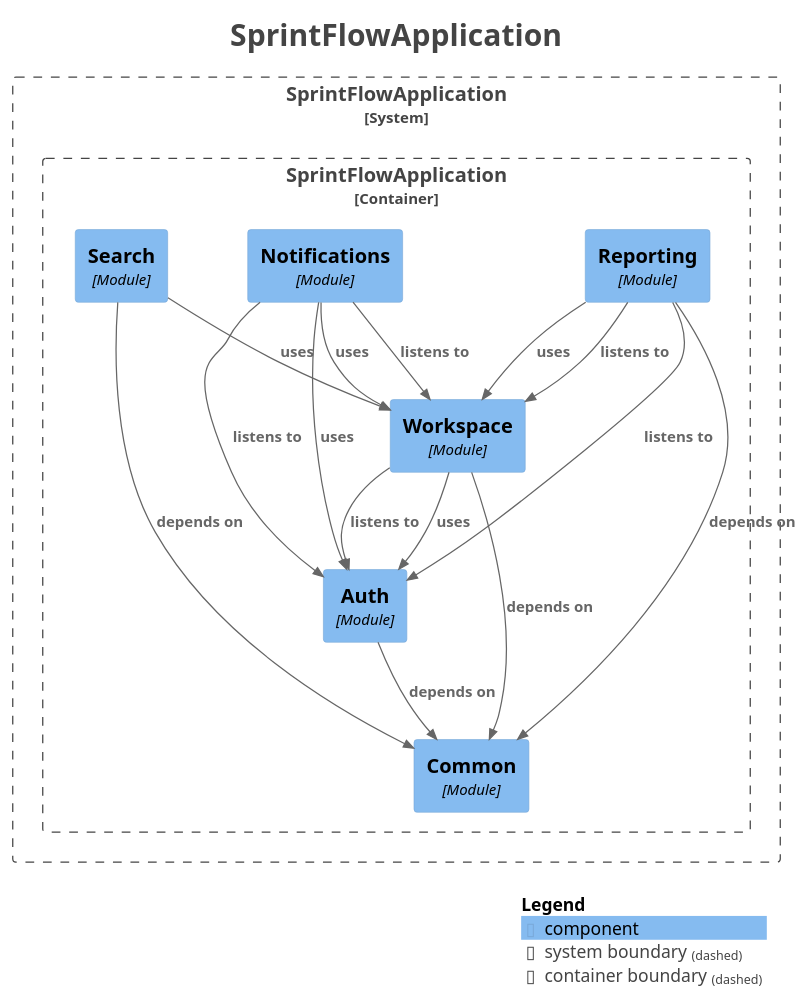
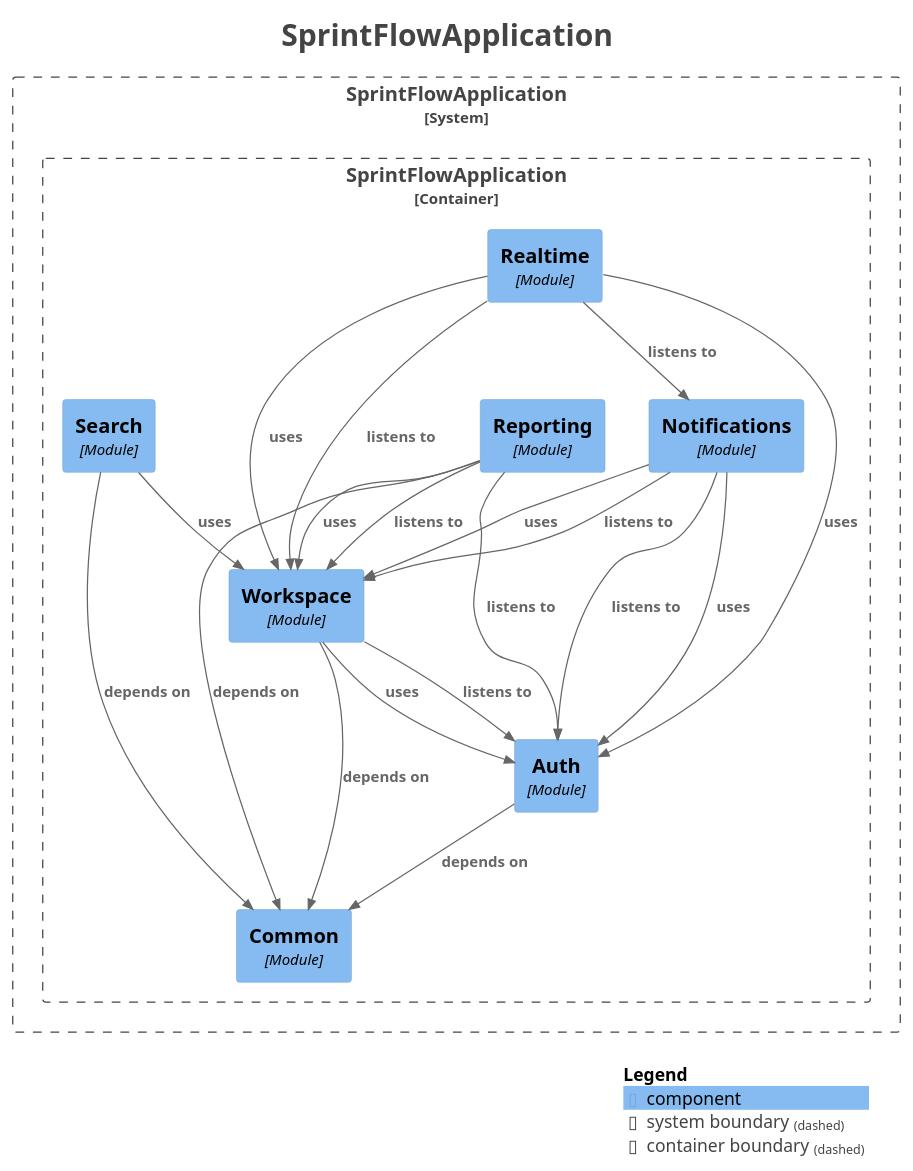
The diagram in docs/architecture/components.puml (Mouaz7/sprintflow-insight), drawn with PlantUML before and after one commit. The commit also changed 77 other files, not shown here.

```diff
--- a/docs/architecture/components.puml
+++ b/docs/architecture/components.puml
@@ -1,47 +1,52 @@
 @startuml
 title <size:24>SprintFlowApplication</size>
 
 set separator none
 top to bottom direction
 
 <style>
   root {
     BackgroundColor: #ffffff
     FontColor: #444444
   }
 </style>
 
 !include <C4/C4>
 !include <C4/C4_Context>
 !include <C4/C4_Component>
 
 System_Boundary("SprintFlowApplication_boundary", "SprintFlowApplication", $tags="") {
   Container_Boundary("SprintFlowApplication.SprintFlowApplication_boundary", "SprintFlowApplication", $tags="") {
     Component(SprintFlowApplication.SprintFlowApplication.Common, "Common", $techn="Module", $descr="", $tags="", $link="")
     Component(SprintFlowApplication.SprintFlowApplication.Auth, "Auth", $techn="Module", $descr="", $tags="", $link="")
     Component(SprintFlowApplication.SprintFlowApplication.Workspace, "Workspace", $techn="Module", $descr="", $tags="", $link="")
     Component(SprintFlowApplication.SprintFlowApplication.Notifications, "Notifications", $techn="Module", $descr="", $tags="", $link="")
     Component(SprintFlowApplication.SprintFlowApplication.Reporting, "Reporting", $techn="Module", $descr="", $tags="", $link="")
     Component(SprintFlowApplication.SprintFlowApplication.Search, "Search", $techn="Module", $descr="", $tags="", $link="")
+    Component(SprintFlowApplication.SprintFlowApplication.Realtime, "Realtime", $techn="Module", $descr="", $tags="", $link="")
   }
 
 }
 
 Rel(SprintFlowApplication.SprintFlowApplication.Notifications, SprintFlowApplication.SprintFlowApplication.Auth, "uses", $techn="", $tags="", $link="")
 Rel(SprintFlowApplication.SprintFlowApplication.Notifications, SprintFlowApplication.SprintFlowApplication.Workspace, "uses", $techn="", $tags="", $link="")
 Rel(SprintFlowApplication.SprintFlowApplication.Workspace, SprintFlowApplication.SprintFlowApplication.Auth, "listens to", $techn="", $tags="", $link="")
 Rel(SprintFlowApplication.SprintFlowApplication.Workspace, SprintFlowApplication.SprintFlowApplication.Common, "depends on", $techn="", $tags="", $link="")
 Rel(SprintFlowApplication.SprintFlowApplication.Workspace, SprintFlowApplication.SprintFlowApplication.Auth, "uses", $techn="", $tags="", $link="")
 Rel(SprintFlowApplication.SprintFlowApplication.Auth, SprintFlowApplication.SprintFlowApplication.Common, "depends on", $techn="", $tags="", $link="")
 Rel(SprintFlowApplication.SprintFlowApplication.Reporting, SprintFlowApplication.SprintFlowApplication.Workspace, "listens to", $techn="", $tags="", $link="")
 Rel(SprintFlowApplication.SprintFlowApplication.Reporting, SprintFlowApplication.SprintFlowApplication.Auth, "listens to", $techn="", $tags="", $link="")
 Rel(SprintFlowApplication.SprintFlowApplication.Reporting, SprintFlowApplication.SprintFlowApplication.Common, "depends on", $techn="", $tags="", $link="")
 Rel(SprintFlowApplication.SprintFlowApplication.Reporting, SprintFlowApplication.SprintFlowApplication.Workspace, "uses", $techn="", $tags="", $link="")
 Rel(SprintFlowApplication.SprintFlowApplication.Notifications, SprintFlowApplication.SprintFlowApplication.Workspace, "listens to", $techn="", $tags="", $link="")
 Rel(SprintFlowApplication.SprintFlowApplication.Notifications, SprintFlowApplication.SprintFlowApplication.Auth, "listens to", $techn="", $tags="", $link="")
 Rel(SprintFlowApplication.SprintFlowApplication.Search, SprintFlowApplication.SprintFlowApplication.Common, "depends on", $techn="", $tags="", $link="")
 Rel(SprintFlowApplication.SprintFlowApplication.Search, SprintFlowApplication.SprintFlowApplication.Workspace, "uses", $techn="", $tags="", $link="")
+Rel(SprintFlowApplication.SprintFlowApplication.Realtime, SprintFlowApplication.SprintFlowApplication.Workspace, "listens to", $techn="", $tags="", $link="")
+Rel(SprintFlowApplication.SprintFlowApplication.Realtime, SprintFlowApplication.SprintFlowApplication.Notifications, "listens to", $techn="", $tags="", $link="")
+Rel(SprintFlowApplication.SprintFlowApplication.Realtime, SprintFlowApplication.SprintFlowApplication.Workspace, "uses", $techn="", $tags="", $link="")
+Rel(SprintFlowApplication.SprintFlowApplication.Realtime, SprintFlowApplication.SprintFlowApplication.Auth, "uses", $techn="", $tags="", $link="")
 
 SHOW_LEGEND(true)
 hide stereotypes
 @enduml
```
